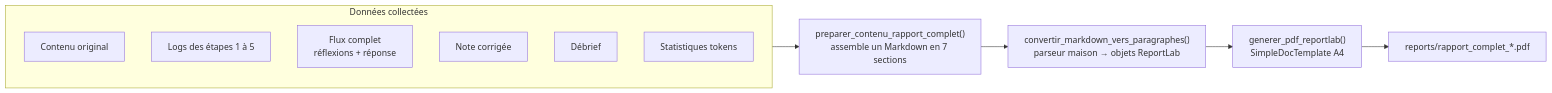
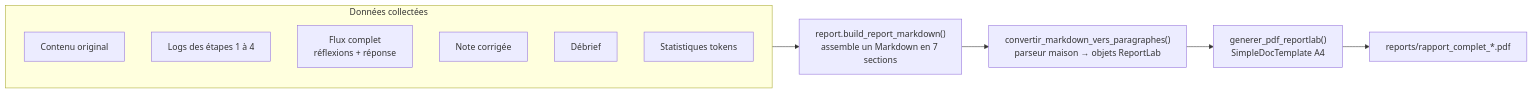
Before and after one commit to lecinquiemejour-code/PromptoDYS_app: the seventh of 8 diagrams in doc/WORKFLOW_GEMINI.md, drawn with Mermaid. The commit also changed other lines of this file and 6 other files, not shown here.

````diff
--- a/doc/WORKFLOW_GEMINI.md
+++ b/doc/WORKFLOW_GEMINI.md
@@ -307,15 +312,15 @@
 ```mermaid
 flowchart LR
     subgraph IN["Données collectées"]
         A["Contenu original"]
-        B["Logs des étapes 1 à 5"]
+        B["Logs des étapes 1 à 4"]
         C["Flux complet<br/>réflexions + réponse"]
         D["Note corrigée"]
         E["Débrief"]
         F["Statistiques tokens"]
     end
-    IN --> PREP["preparer_contenu_rapport_complet()<br/>assemble un Markdown en 7 sections"]
+    IN --> PREP["report.build_report_markdown()<br/>assemble un Markdown en 7 sections"]
     PREP --> CONV["convertir_markdown_vers_paragraphes()<br/>parseur maison → objets ReportLab"]
     CONV --> GEN["generer_pdf_reportlab()<br/>SimpleDocTemplate A4"]
     GEN --> PDF["reports/rapport_complet_*.pdf"]
 ```
````
